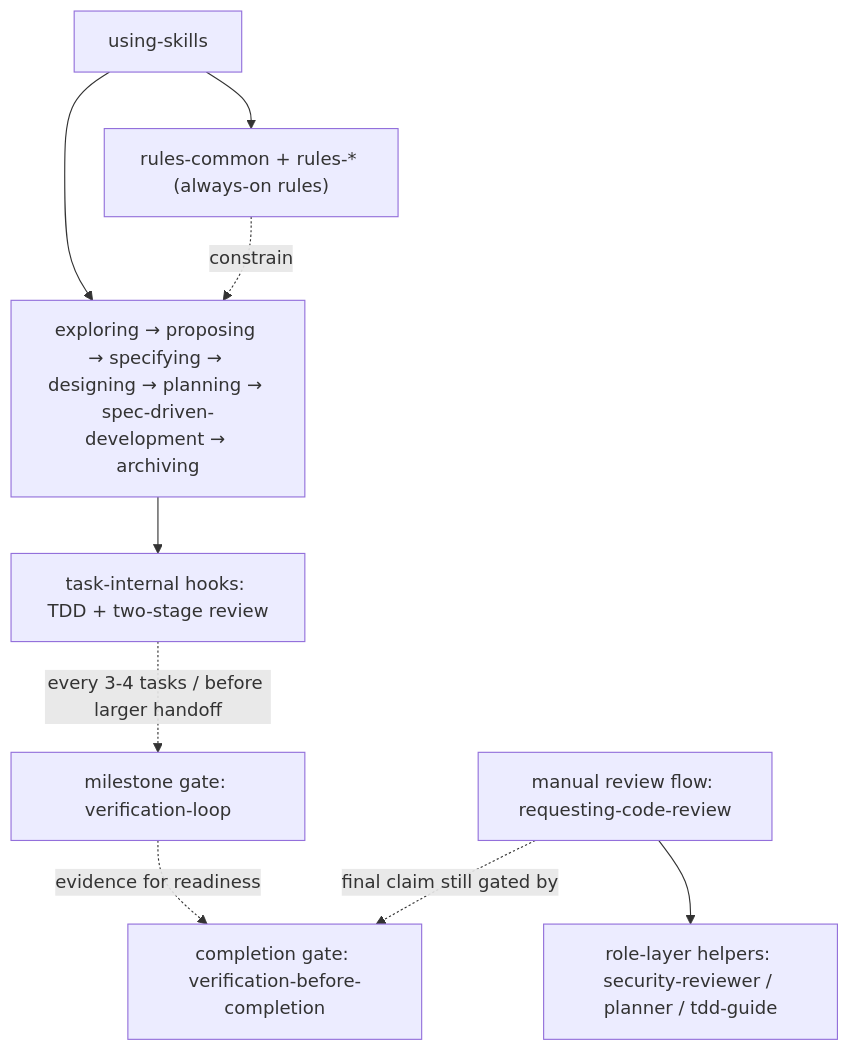
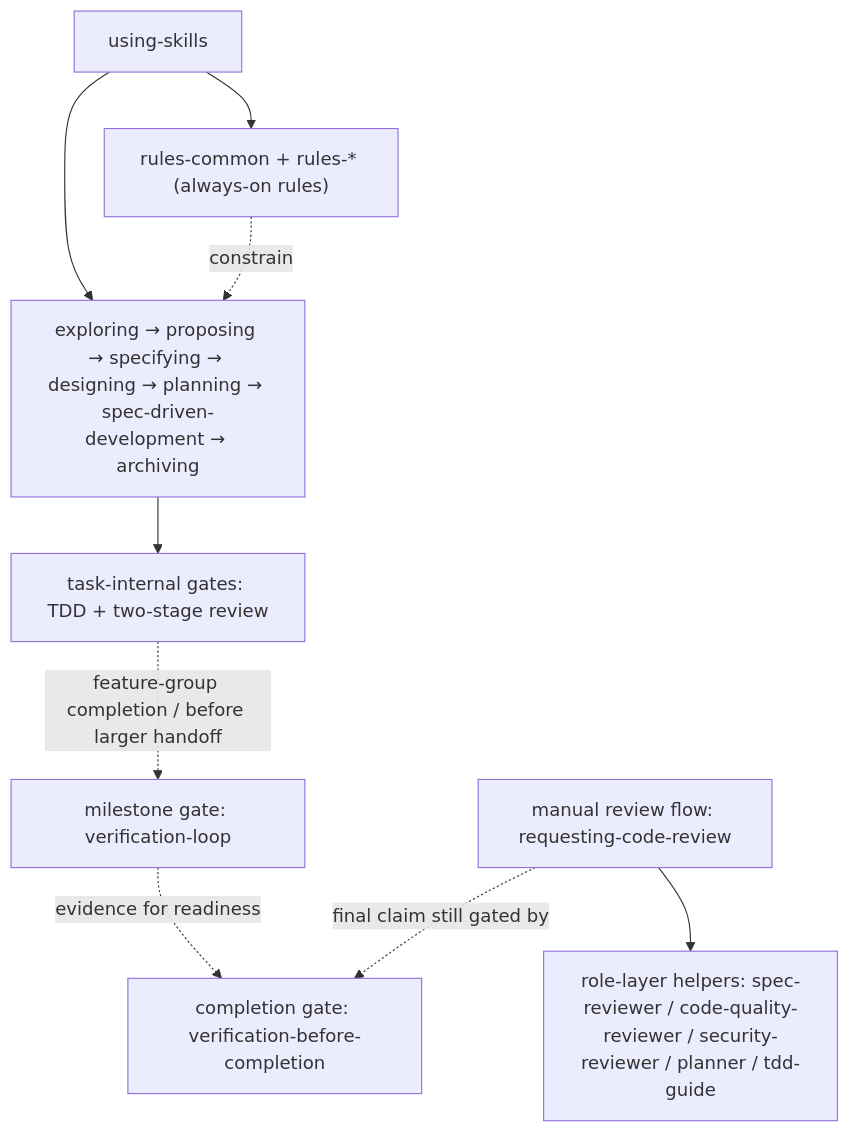
One commit to NSObjects/specpowers changed the second of 2 diagrams in README.md. Above: the diagram before and after it, drawn with Mermaid. The commit also changed other lines of this file and 28 other files, not shown here.

Commit message:
Clarify review gates and Codex review dispatch

````diff
--- a/README.md
+++ b/README.md
@@ -142,20 +142,20 @@
 ```mermaid
 flowchart TD
   using["using-skills"]
   rules["rules-common + rules-* (always-on rules)"]
   workflow["exploring → proposing → specifying → designing → planning → spec-driven-development → archiving"]
-  task["task-internal hooks: TDD + two-stage review"]
+  task["task-internal gates: TDD + two-stage review"]
   milestone["milestone gate: verification-loop"]
   completion["completion gate: verification-before-completion"]
   review["manual review flow: requesting-code-review"]
-  roles["role-layer helpers: security-reviewer / planner / tdd-guide"]
+  roles["role-layer helpers: spec-reviewer / code-quality-reviewer / security-reviewer / planner / tdd-guide"]
 
   using --> rules
   using --> workflow
   rules -. constrain .-> workflow
   workflow --> task
-  task -. every 3-4 tasks / before larger handoff .-> milestone
+  task -. feature-group completion / before larger handoff .-> milestone
   milestone -. evidence for readiness .-> completion
   review --> roles
   review -. final claim still gated by .-> completion
 ```
````
